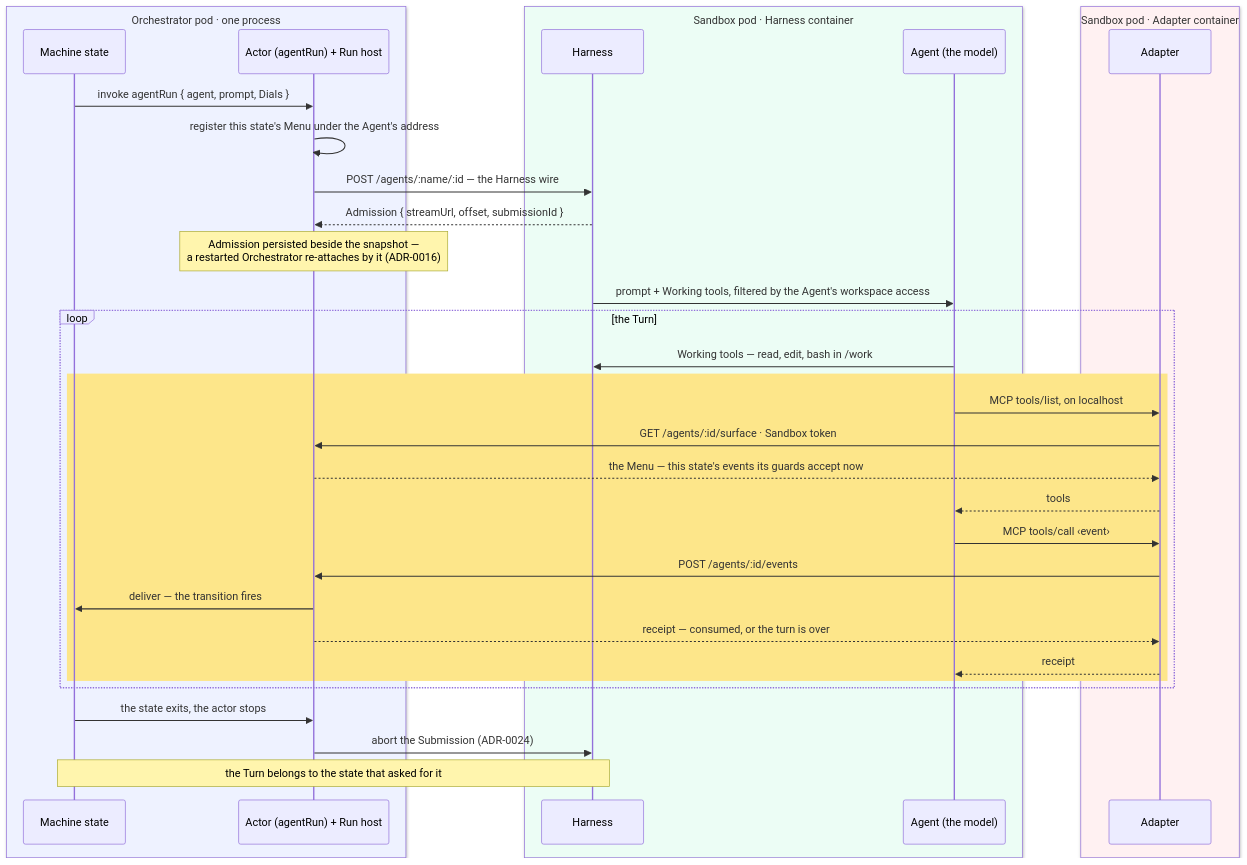
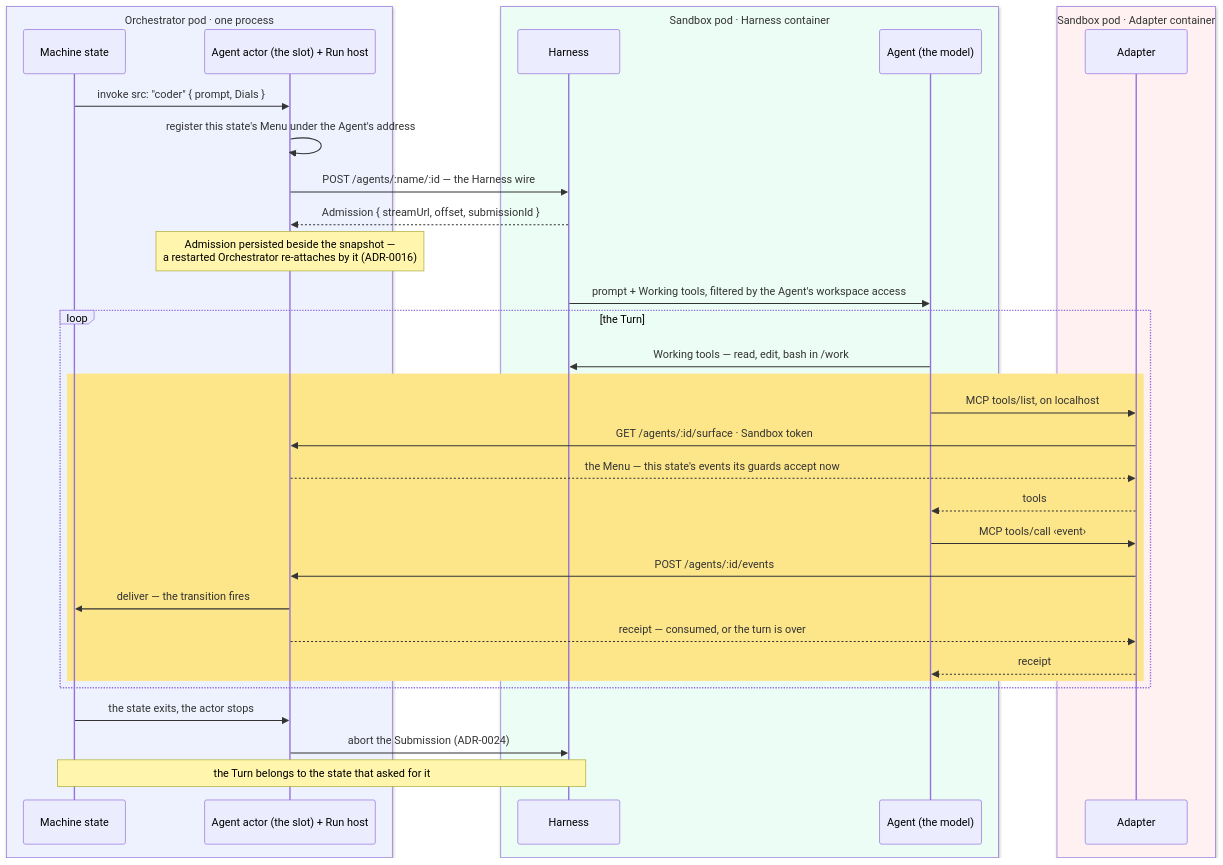
Before and after one commit to snapwich/jr2: the second of 4 diagrams in docs/architecture.md, drawn with Mermaid. The commit also changed other lines of this file and 53 other files, not shown here.

````diff
--- a/docs/architecture.md
+++ b/docs/architecture.md
@@ -114,40 +114,40 @@
 ```mermaid
 sequenceDiagram
   box rgb(238, 242, 255) Orchestrator pod · one process
     participant S as Machine state
-    participant A as Actor (agentRun) + Run host
+    participant A as Agent actor (the slot) + Run host
   end
   box rgb(236, 253, 245) Sandbox pod · Harness container
     participant H as Harness
     participant Ag as Agent (the model)
   end
   box rgb(255, 241, 242) Sandbox pod · Adapter container
     participant Ad as Adapter
   end
 
-  S->>A: invoke agentRun { agent, prompt, Dials }
+  S->>A: invoke src: "coder" { prompt, Dials }
   A->>A: register this state's Menu under the Agent's address
   A->>H: POST /agents/:name/:id — the Harness wire
   H-->>A: Admission { streamUrl, offset, submissionId }
   Note over A: Admission persisted beside the snapshot —<br/>a restarted Orchestrator re-attaches by it (ADR-0016)
 
   H->>Ag: prompt + Working tools, filtered by the Agent's workspace access
   loop the Turn
     Ag->>H: Working tools — read, edit, bash in /work
     rect rgb(253, 230, 138)
       Ag->>Ad: MCP tools/list, on localhost
       Ad->>A: GET /agents/:id/surface · Sandbox token
       A-->>Ad: the Menu — this state's events its guards accept now
       Ad-->>Ag: tools
       Ag->>Ad: MCP tools/call ‹event›
       Ad->>A: POST /agents/:id/events
       A->>S: deliver — the transition fires
       A-->>Ad: receipt — consumed, or the turn is over
       Ad-->>Ag: receipt
     end
   end
 
   S->>A: the state exits, the actor stops
   A->>H: abort the Submission (ADR-0024)
   Note over S,H: the Turn belongs to the state that asked for it
 ```
````
